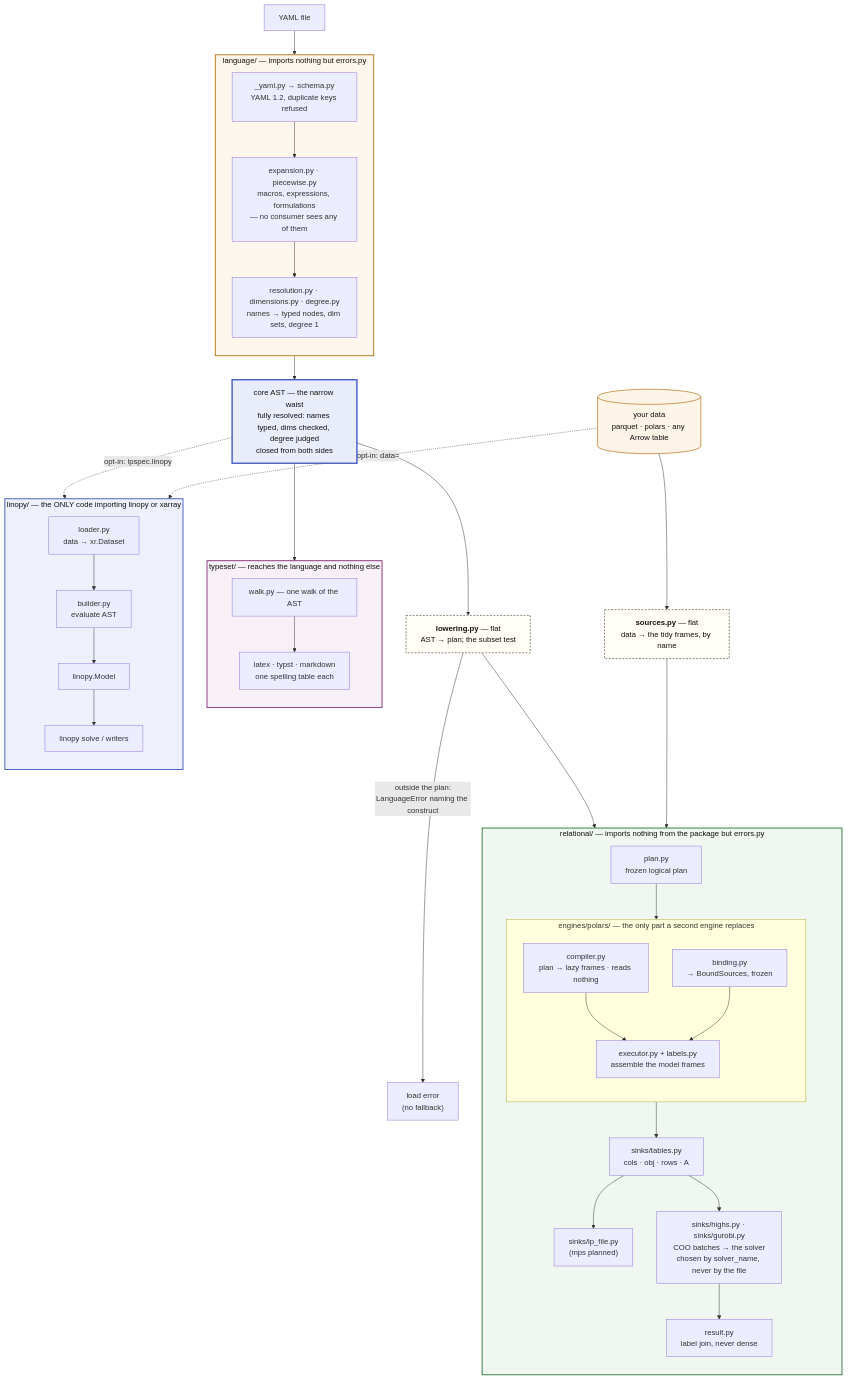
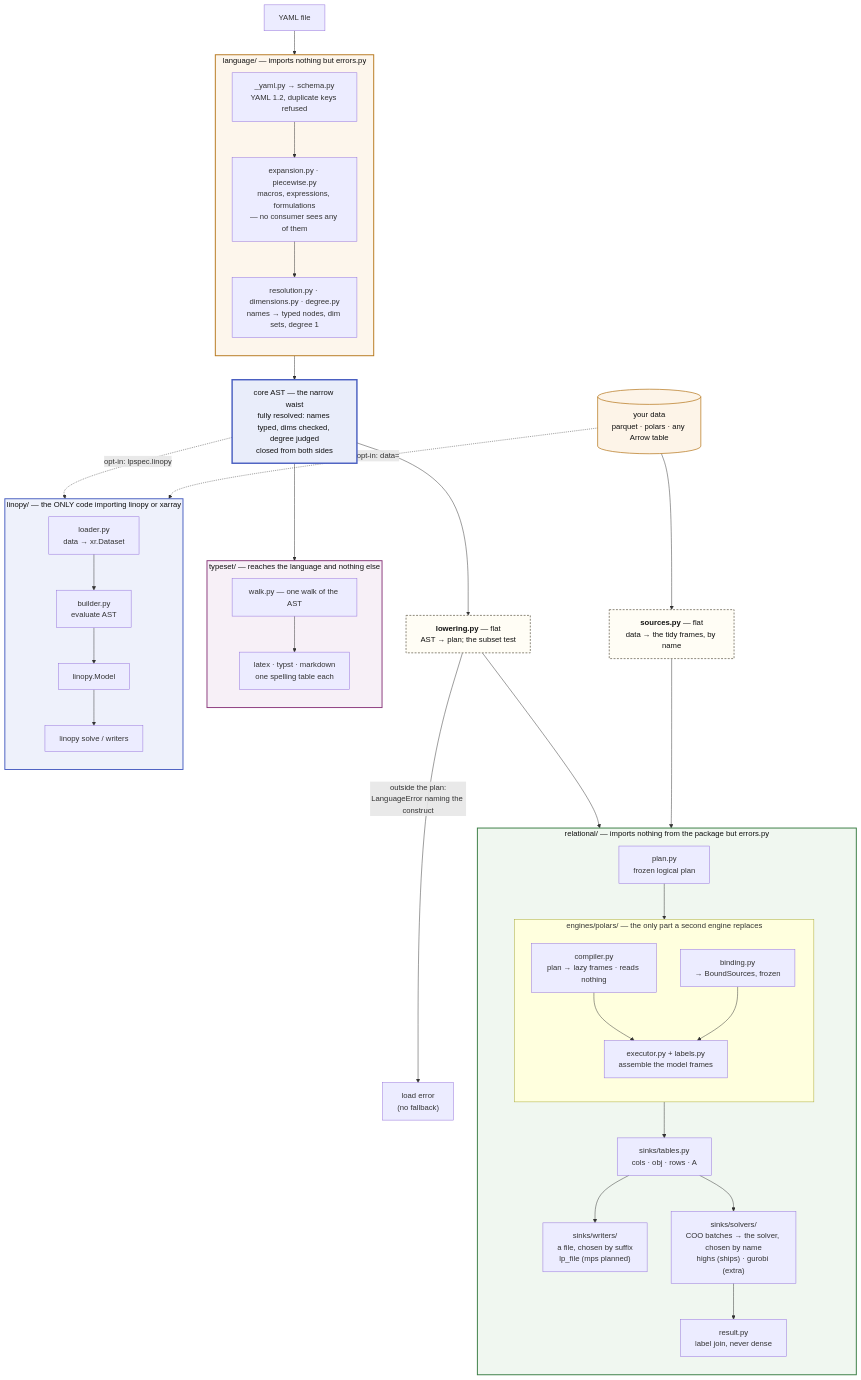
Before and after one commit to FBumann/farkas: the first of 2 diagrams in docs/ARCHITECTURE.md, drawn with Mermaid. The commit also changed other lines of this file and 28 other files, not shown here.

First line of the commit message:
refactor(sinks): two families — solvers and writers

````diff
--- a/docs/ARCHITECTURE.md
+++ b/docs/ARCHITECTURE.md
@@ -47,67 +47,67 @@
 ```mermaid
 flowchart TB
     Y[YAML file] --> LANG
 
     subgraph LANG["language/ — imports nothing but errors.py"]
         direction TB
         SCHEMA["_yaml.py → schema.py<br/>YAML 1.2, duplicate keys refused"]
         SCHEMA --> EXPAND["expansion.py · piecewise.py<br/>macros, expressions, formulations<br/>— no consumer sees any of them"]
         EXPAND --> RESOLVE["resolution.py · dimensions.py · degree.py<br/>names → typed nodes, dim sets, degree 1"]
     end
 
     LANG --> AST["core AST — the narrow waist<br/>fully resolved: names typed, dims checked, degree judged<br/>closed from both sides"]
 
     AST --> LOWER
     AST --> WALK
     AST -.->|"opt-in: lpspec.linopy"| BUILD
 
     DATA[("your data<br/>parquet · polars · any Arrow table")] --> SRC
     DATA -.->|"opt-in: data="| LOAD
 
     LOWER["<b>lowering.py</b> — flat<br/>AST → plan; the subset test"]
     SRC["<b>sources.py</b> — flat<br/>data → the tidy frames, by name"]
 
     LOWER --> PLAN
     SRC --> BIND
     LOWER -->|"outside the plan:<br/>LanguageError naming the construct"| ERR["load error<br/>(no fallback)"]
 
     subgraph REL["relational/ — imports nothing from the package but errors.py"]
         direction TB
         PLAN["plan.py<br/>frozen logical plan"] --> ENG
         subgraph ENG["engines/polars/ — the only part a second engine replaces"]
             direction TB
             COMP["compiler.py<br/>plan → lazy frames · reads nothing"] --> EXEC
             BIND["binding.py<br/>→ BoundSources, frozen"] --> EXEC["executor.py + labels.py<br/>assemble the model frames"]
         end
         ENG --> TABLES["sinks/tables.py<br/>cols · obj · rows · A"]
-        TABLES --> LPS["sinks/lp_file.py<br/>(mps planned)"]
-        TABLES --> DIRECT["sinks/highs.py · sinks/gurobi.py<br/>COO batches → the solver<br/>chosen by solver_name, never by the file"]
+        TABLES --> LPS["sinks/writers/<br/>a file, chosen by suffix<br/>lp_file (mps planned)"]
+        TABLES --> DIRECT["sinks/solvers/<br/>COO batches → the solver, chosen by name<br/>highs (ships) · gurobi (extra)"]
         DIRECT --> SOL["result.py<br/>label join, never dense"]
     end
 
     subgraph TS["typeset/ — reaches the language and nothing else"]
         direction TB
         WALK["walk.py — one walk of the AST"] --> FMT["latex · typst · markdown<br/>one spelling table each"]
     end
 
     subgraph EAGER["linopy/ — the ONLY code importing linopy or xarray"]
         direction TB
         LOAD["loader.py<br/>data → xr.Dataset"] --> BUILD["builder.py<br/>evaluate AST"]
         BUILD --> MODEL[linopy.Model] --> SOLVE["linopy solve / writers"]
     end
 
     classDef laneL fill:#fdf6ec,stroke:#b7791f,stroke-width:2px,color:#111
     classDef laneR fill:#f0f7f0,stroke:#3a7d44,stroke-width:2px,color:#111
     classDef laneE fill:#eef1fb,stroke:#4a5fc1,stroke-width:2px,color:#111
     classDef laneT fill:#f7f0f7,stroke:#8b3a7d,stroke-width:2px,color:#111
     classDef waist fill:#e9edfa,stroke:#4a5fc1,stroke-width:3px,color:#111
     classDef flat fill:#fffdf5,stroke:#8a8578,stroke-width:2px,stroke-dasharray:4 3,color:#111
     classDef data fill:#fdf4e8,stroke:#b7791f,stroke-width:1.5px,color:#111
     class LANG laneL
     class REL laneR
     class EAGER laneE
     class TS laneT
     class AST waist
     class LOWER,SRC flat
     class DATA data
 ```
````
